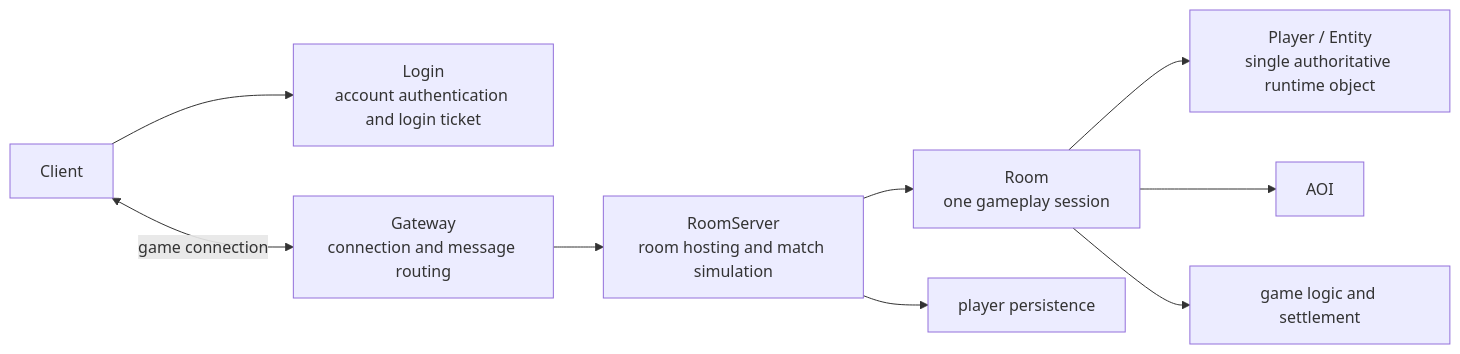
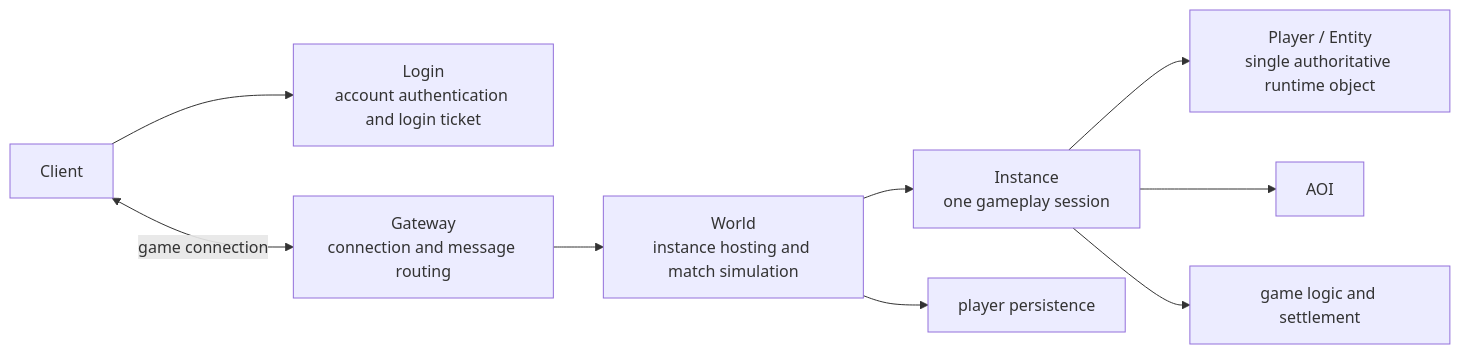
One commit to cuihairu/apollo changed the diagram in docs/en/guide/architecture.md. Above: the diagram before and after it, drawn with Mermaid. The commit also changed other lines of this file and 158 other files, not shown here.

Commit message:
refactor: standardize World processes and Instance lifecycle terminology

````diff
--- a/docs/en/guide/architecture.md
+++ b/docs/en/guide/architecture.md
@@ -14,11 +14,11 @@
 ```mermaid
 flowchart LR
     Client[Client] --> Login[Login<br/>account authentication and login ticket]
     Client <-->|game connection| Gateway[Gateway<br/>connection and message routing]
-    Gateway --> RoomServer[RoomServer<br/>room hosting and match simulation]
-    RoomServer --> Room[Room<br/>one gameplay session]
-    Room --> Player[Player / Entity<br/>single authoritative runtime object]
-    Room --> AOI[AOI]
-    Room --> Battle[game logic and settlement]
-    RoomServer --> Store[player persistence]
+    Gateway --> World[World<br/>instance hosting and match simulation]
+    World --> Instance[Instance<br/>one gameplay session]
+    Instance --> Player[Player / Entity<br/>single authoritative runtime object]
+    Instance --> AOI[AOI]
+    Instance --> Battle[game logic and settlement]
+    World --> Store[player persistence]
 ```
````
